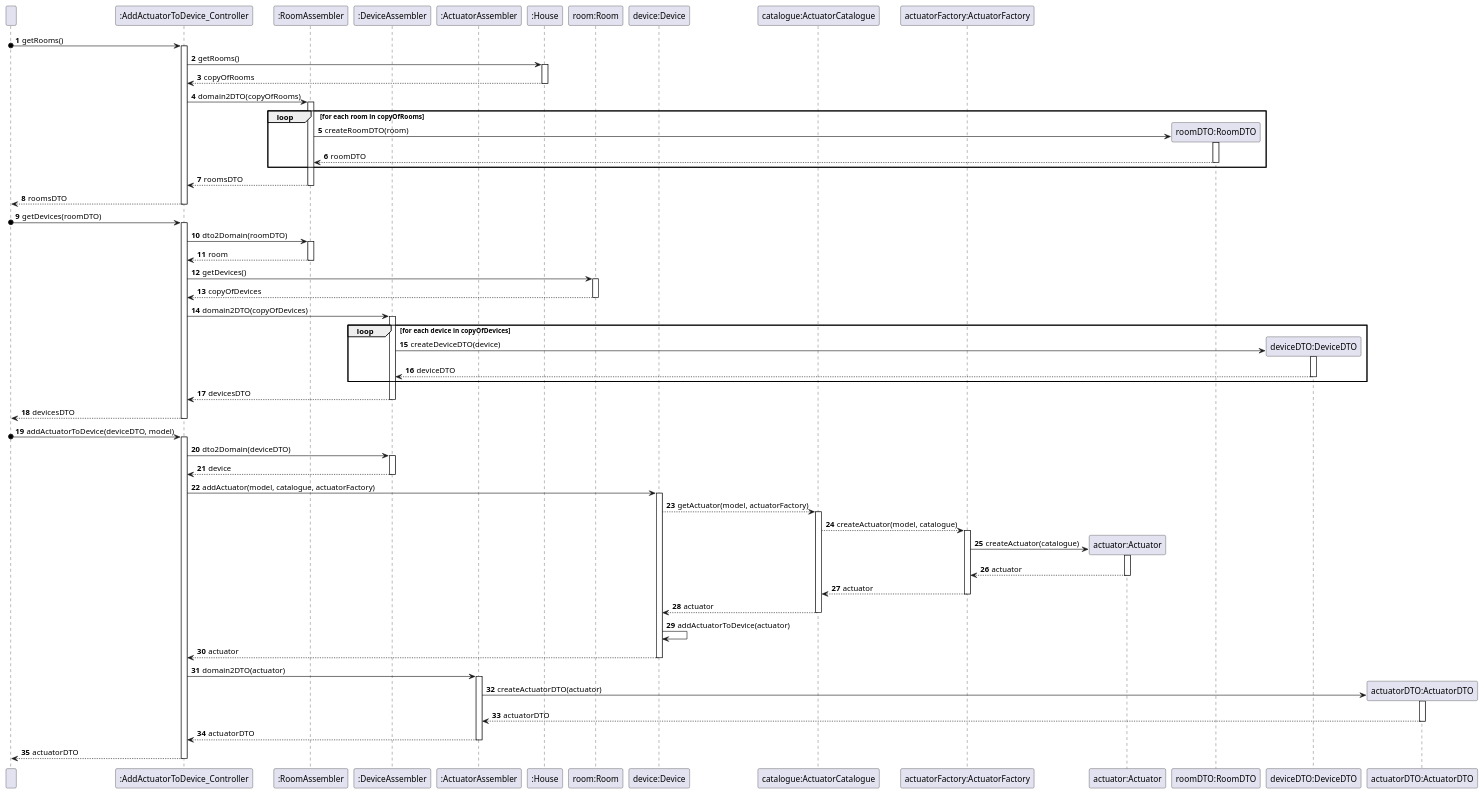
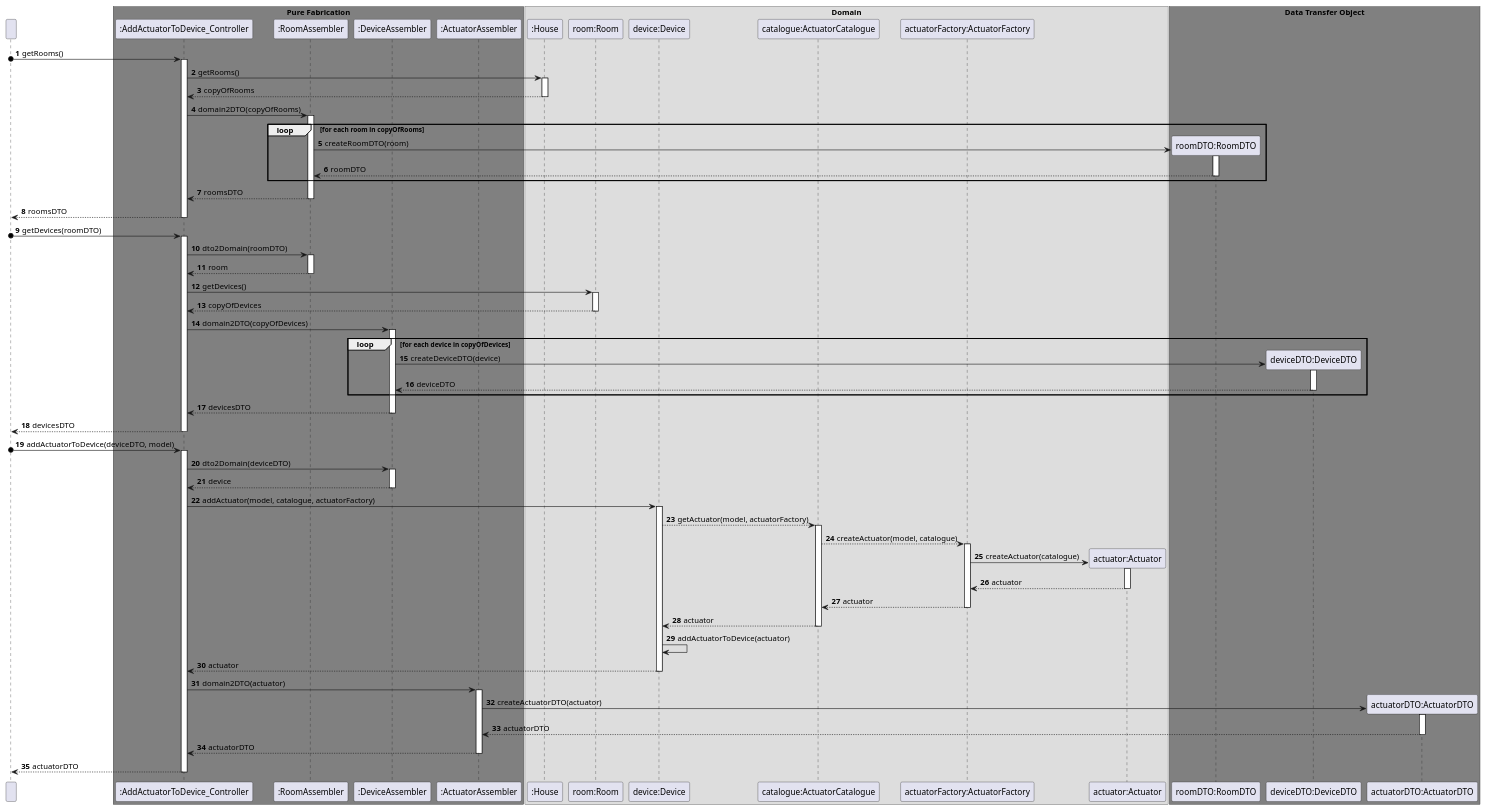
The diagram in docs/ood/SequenceDiagram/US12AddActuatorToDevice.puml (olivDiogo/SmartHome), drawn with PlantUML before and after one commit. The commit also changed 1 other file, not shown here.

Commit message:
Update class diagram US7 and US12

```diff
--- a/docs/ood/SequenceDiagram/US12AddActuatorToDevice.puml
+++ b/docs/ood/SequenceDiagram/US12AddActuatorToDevice.puml
@@ -1,185 +1,196 @@
 @startuml
 'https://plantuml.com/sequence-diagram
 
 participant " " as User
+box "Pure Fabrication" #grey
 
 participant ":AddActuatorToDevice_Controller" as AddActuatorToDevice_Controller
 
 participant ":RoomAssembler" as RoomAssembler
 
 participant ":DeviceAssembler" as DeviceAssembler
 
 participant ":ActuatorAssembler" as ActuatorAssembler
+
+end box
+
+box "Domain"
 
 participant ":House" as House
 
 participant "room:Room" as Room
 
 participant "device:Device" as Device
 
 participant "catalogue:ActuatorCatalogue" as CatalogueActuator
 
 participant "actuatorFactory:ActuatorFactory" as ActuatorFactory
 
 participant "actuator:Actuator" as Actuator
 
+end box
+
+box "Data Transfer Object" #grey
+
 participant "roomDTO:RoomDTO" as RoomDTO
 
 participant "deviceDTO:DeviceDTO" as DeviceDTO
 
 participant "actuatorDTO:ActuatorDTO" as ActuatorDTO
+
+end box
 
 autonumber
 
 '----------------------------------------------------'
 
 User o-> AddActuatorToDevice_Controller: getRooms()
 
 activate AddActuatorToDevice_Controller
 
 AddActuatorToDevice_Controller -> House: getRooms()
 
 activate House
 
 House --> AddActuatorToDevice_Controller: copyOfRooms
 
 deactivate House
 
 AddActuatorToDevice_Controller -> RoomAssembler: domain2DTO(copyOfRooms)
 
 activate RoomAssembler
 
 loop for each room in copyOfRooms
 
 create RoomDTO
     RoomAssembler -> RoomDTO: createRoomDTO(room)
     activate RoomDTO
     RoomDTO --> RoomAssembler: roomDTO
     deactivate RoomDTO
 end
 
 RoomAssembler --> AddActuatorToDevice_Controller: roomsDTO
 
 deactivate RoomAssembler
 
 AddActuatorToDevice_Controller --> User: roomsDTO
 
 deactivate AddActuatorToDevice_Controller
 
 '----------------------------------------------------'
 
 User o-> AddActuatorToDevice_Controller: getDevices(roomDTO)
 
 activate AddActuatorToDevice_Controller
 
 AddActuatorToDevice_Controller -> RoomAssembler: dto2Domain(roomDTO)
 
 activate RoomAssembler
 
 RoomAssembler --> AddActuatorToDevice_Controller: room
 
 deactivate RoomAssembler
 
 AddActuatorToDevice_Controller -> Room: getDevices()
 
 activate Room
 
 Room --> AddActuatorToDevice_Controller: copyOfDevices
 
 deactivate Room
 
 AddActuatorToDevice_Controller -> DeviceAssembler: domain2DTO(copyOfDevices)
 
 activate DeviceAssembler
 
 loop for each device in copyOfDevices
 
 create DeviceDTO
     DeviceAssembler -> DeviceDTO: createDeviceDTO(device)
     activate DeviceDTO
     DeviceDTO --> DeviceAssembler: deviceDTO
     deactivate DeviceDTO
 end
 
 DeviceAssembler --> AddActuatorToDevice_Controller: devicesDTO
 
 deactivate DeviceAssembler
 
 AddActuatorToDevice_Controller --> User: devicesDTO
 
 deactivate AddActuatorToDevice_Controller
 
 '----------------------------------------------------'
 
 User o-> AddActuatorToDevice_Controller: addActuatorToDevice(deviceDTO, model)
 
 activate AddActuatorToDevice_Controller
 
 AddActuatorToDevice_Controller -> DeviceAssembler: dto2Domain(deviceDTO)
 
 activate DeviceAssembler
 
 DeviceAssembler --> AddActuatorToDevice_Controller: device
 
 deactivate DeviceAssembler
 
 AddActuatorToDevice_Controller -> Device: addActuator(model, catalogue, actuatorFactory)
 
 activate Device
 
 Device --> CatalogueActuator: getActuator(model, actuatorFactory)
 
 activate CatalogueActuator
 
 CatalogueActuator --> ActuatorFactory: createActuator(model, catalogue)
 
 activate ActuatorFactory
 
 create Actuator
 
 ActuatorFactory -> Actuator: createActuator(catalogue)
 
 activate Actuator
 
 Actuator --> ActuatorFactory: actuator
 
 deactivate Actuator
 
 ActuatorFactory --> CatalogueActuator: actuator
 
 deactivate ActuatorFactory
 
 CatalogueActuator --> Device: actuator
 
 deactivate CatalogueActuator
 
 Device -> Device: addActuatorToDevice(actuator)
 
 Device --> AddActuatorToDevice_Controller: actuator
 
 deactivate Device
 
 AddActuatorToDevice_Controller -> ActuatorAssembler: domain2DTO(actuator)
 
 activate ActuatorAssembler
 
 create ActuatorDTO
 
 ActuatorAssembler -> ActuatorDTO: createActuatorDTO(actuator)
 
 activate ActuatorDTO
 
 ActuatorDTO --> ActuatorAssembler: actuatorDTO
 
 deactivate ActuatorDTO
 
 ActuatorAssembler --> AddActuatorToDevice_Controller: actuatorDTO
 
 deactivate ActuatorAssembler
 
 AddActuatorToDevice_Controller --> User: actuatorDTO
 
 deactivate AddActuatorToDevice_Controller
 
 
 @enduml
```
